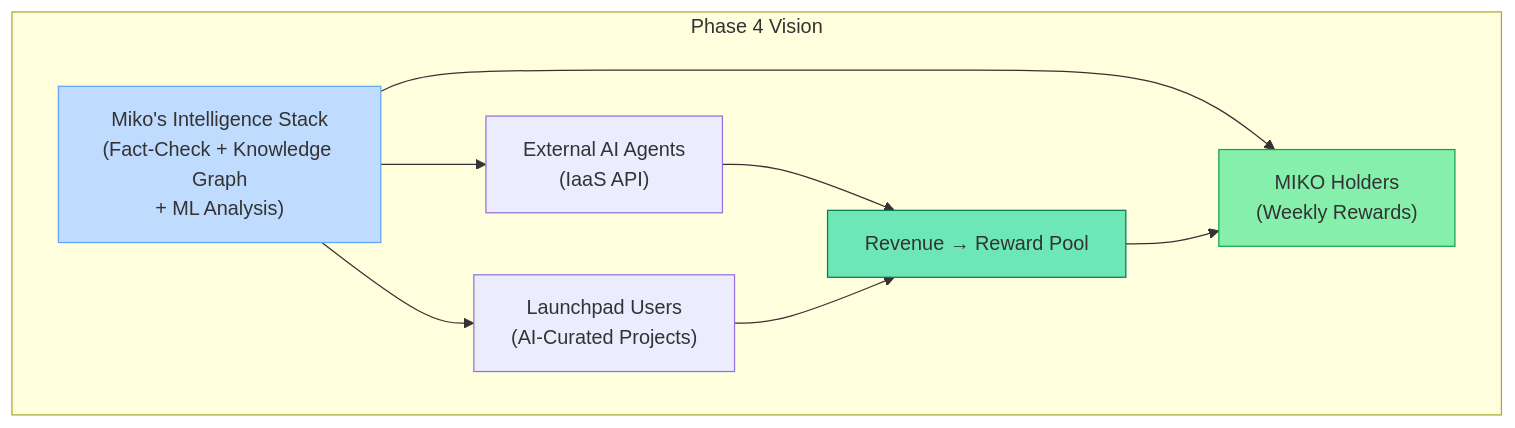
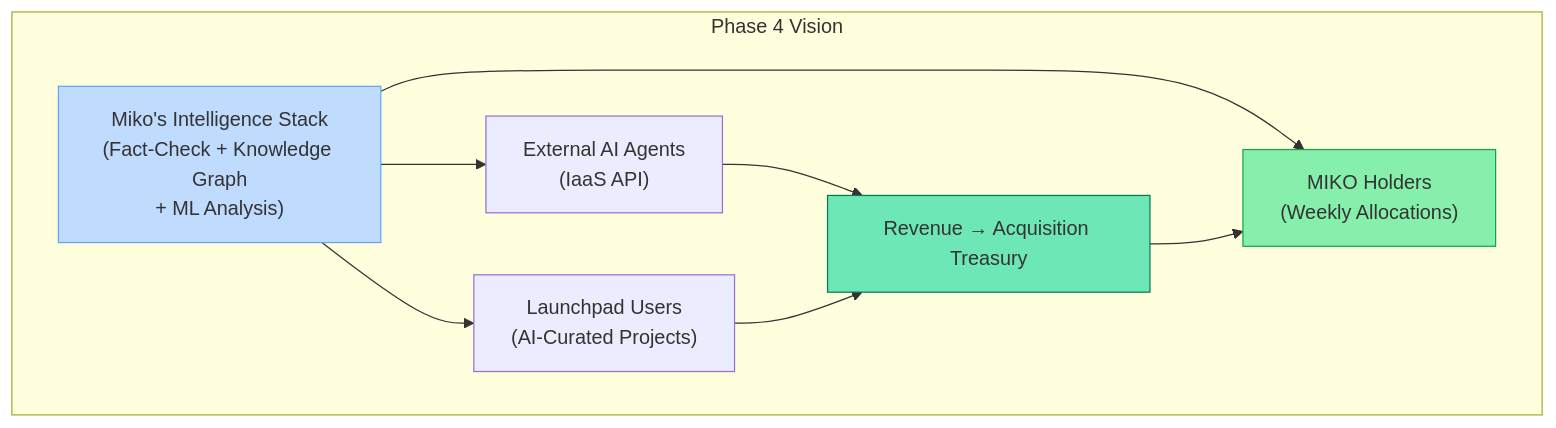
The second of 2 diagrams in docs/ecosystem/roadmap.md (Miko-Protocol/docs), drawn with Mermaid before and after one commit. The commit also changed other lines of this file and 17 other files, not shown here.

````diff
--- a/docs/ecosystem/roadmap.md
+++ b/docs/ecosystem/roadmap.md
@@ -47,15 +48,15 @@
 ```mermaid
 graph TD
     subgraph "Phase 4 Vision"
         A["Miko's Intelligence Stack<br/>(Fact-Check + Knowledge Graph<br/>+ ML Analysis)"]
-        A --> B["MIKO Holders<br/>(Weekly Rewards)"]
+        A --> B["MIKO Holders<br/>(Weekly Allocations)"]
         A --> C["External AI Agents<br/>(IaaS API)"]
         A --> D["Launchpad Users<br/>(AI-Curated Projects)"]
-        C --> E["Revenue → Reward Pool"]
+        C --> E["Revenue → Acquisition Treasury"]
         D --> E
         E --> B
     end
     style A fill:#bfdbfe,stroke:#60a5fa
     style B fill:#86efac,stroke:#16a34a
     style E fill:#6ee7b7,stroke:#047857
 ```
````
